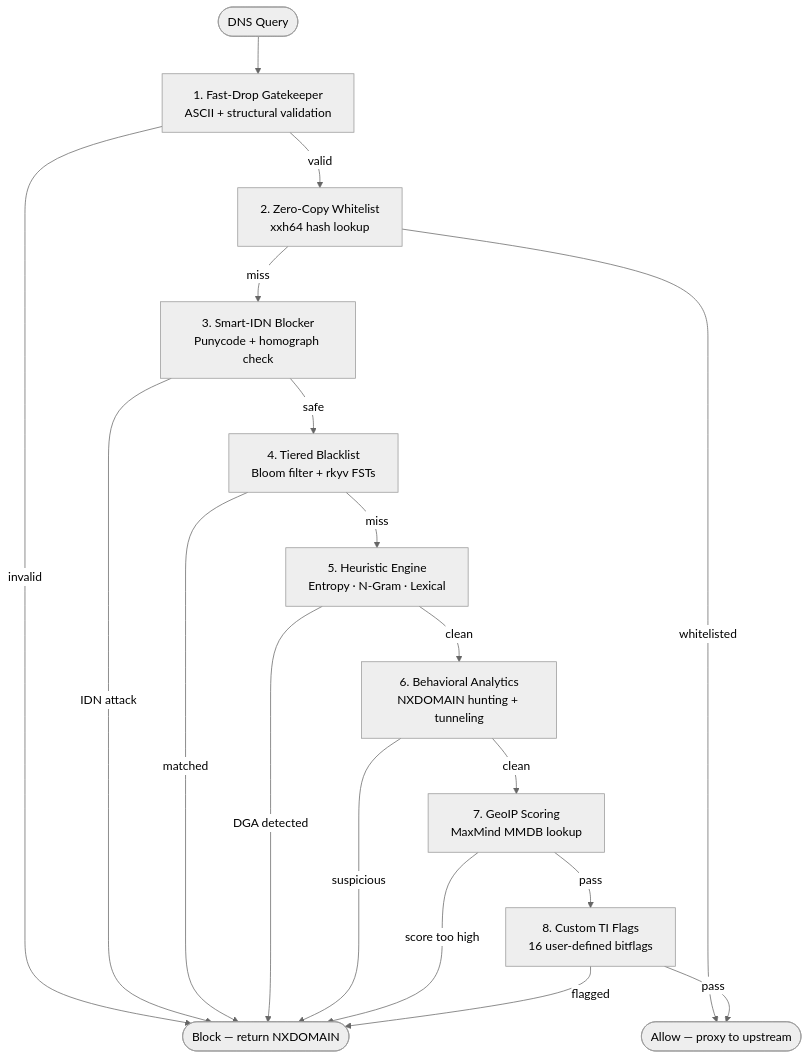
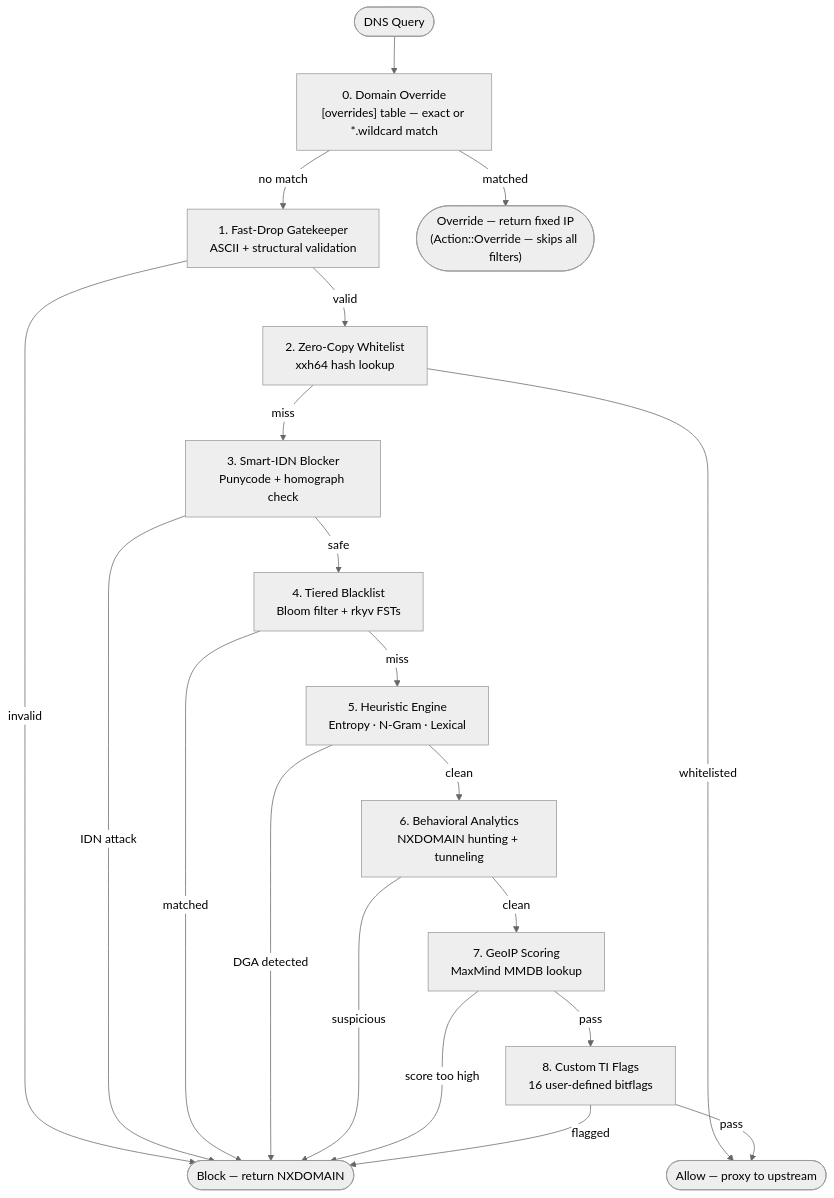
The second of 6 diagrams in docs/Architecture.md (slundi/dgaard), drawn with Mermaid (neutral theme) before and after one commit. The commit also changed other lines of this file, not shown here.

First line of the commit message:
docs(architecture): add DNS override stage and recursive resolver diagram

````diff
--- a/docs/Architecture.md
+++ b/docs/Architecture.md
@@ -37,33 +37,37 @@
 ```mermaid
 flowchart TD
-    IN([DNS Query]) --> S1
+    IN([DNS Query]) --> S0
 
+    S0["0. Domain Override<br/>[overrides] table — exact or *.wildcard match"]
     S1["1. Fast-Drop Gatekeeper<br/>ASCII + structural validation"]
     S2["2. Zero-Copy Whitelist<br/>xxh64 hash lookup"]
     S3["3. Smart-IDN Blocker<br/>Punycode + homograph check"]
     S4["4. Tiered Blacklist<br/>Bloom filter + rkyv FSTs"]
     S5["5. Heuristic Engine<br/>Entropy · N-Gram · Lexical"]
     S6["6. Behavioral Analytics<br/>NXDOMAIN hunting + tunneling"]
     S7["7. GeoIP Scoring<br/>MaxMind MMDB lookup"]
     S8["8. Custom TI Flags<br/>16 user-defined bitflags"]
 
+    OVERRIDE(["Override — return fixed IP<br/>(Action::Override — skips all filters)"])
     BLOCK(["Block — return NXDOMAIN"])
     ALLOW(["Allow — proxy to upstream"])
 
+    S0 -->|matched| OVERRIDE
+    S0 -->|no match| S1
     S1 -->|invalid| BLOCK
     S1 -->|valid| S2
     S2 -->|whitelisted| ALLOW
     S2 -->|miss| S3
     S3 -->|IDN attack| BLOCK
     S3 -->|safe| S4
     S4 -->|matched| BLOCK
     S4 -->|miss| S5
     S5 -->|DGA detected| BLOCK
     S5 -->|clean| S6
     S6 -->|suspicious| BLOCK
     S6 -->|clean| S7
     S7 -->|score too high| BLOCK
     S7 -->|pass| S8
     S8 -->|flagged| BLOCK
     S8 -->|pass| ALLOW
 ```
````
